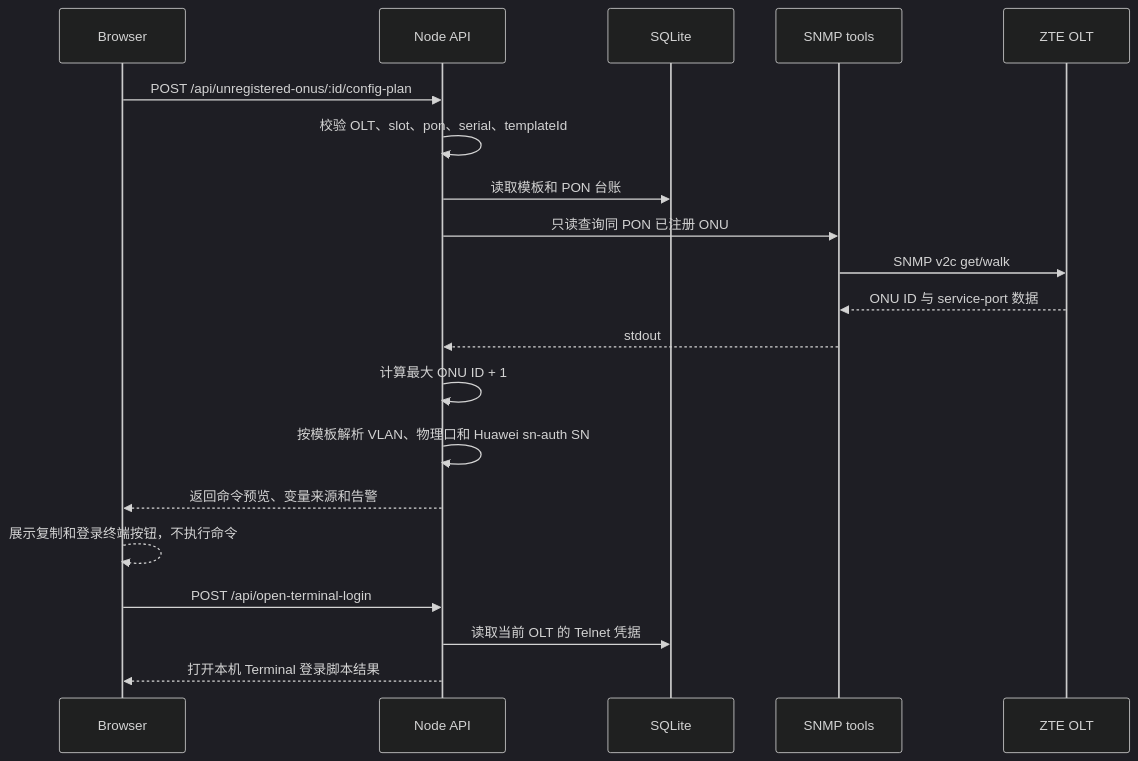
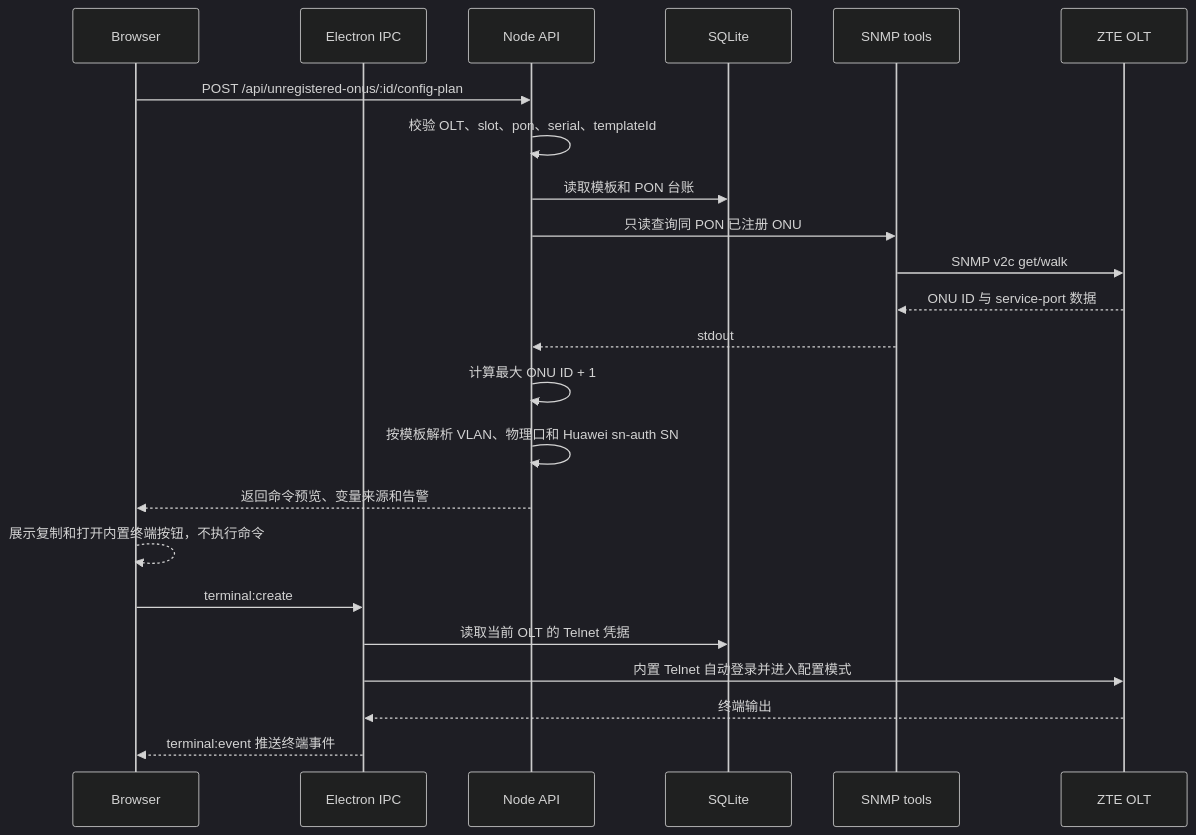
One commit to landvd/OLT-Manager changed the fifth of 7 diagrams in docs/design/sequence.md. Above: the diagram before and after it, drawn with Mermaid (dark theme). The commit also changed other lines of this file and 32 other files, not shown here.

````diff
--- a/docs/design/sequence.md
+++ b/docs/design/sequence.md
@@ -90,23 +92,26 @@
 ```mermaid
 sequenceDiagram
   participant Browser as Browser
+  participant Electron as Electron IPC
   participant API as Node API
   participant DB as SQLite
   participant SNMP as SNMP tools
   participant OLT as ZTE OLT
 
   Browser->>API: POST /api/unregistered-onus/:id/config-plan
   API->>API: 校验 OLT、slot、pon、serial、templateId
   API->>DB: 读取模板和 PON 台账
   API->>SNMP: 只读查询同 PON 已注册 ONU
   SNMP->>OLT: SNMP v2c get/walk
   OLT-->>SNMP: ONU ID 与 service-port 数据
   SNMP-->>API: stdout
   API->>API: 计算最大 ONU ID + 1
   API->>API: 按模板解析 VLAN、物理口和 Huawei sn-auth SN
   API-->>Browser: 返回命令预览、变量来源和告警
-  Browser-->>Browser: 展示复制和登录终端按钮，不执行命令
-  Browser->>API: POST /api/open-terminal-login
-  API->>DB: 读取当前 OLT 的 Telnet 凭据
-  API-->>Browser: 打开本机 Terminal 登录脚本结果
+  Browser-->>Browser: 展示复制和打开内置终端按钮，不执行命令
+  Browser->>Electron: terminal:create
+  Electron->>DB: 读取当前 OLT 的 Telnet 凭据
+  Electron->>OLT: 内置 Telnet 自动登录并进入配置模式
+  OLT-->>Electron: 终端输出
+  Electron-->>Browser: terminal:event 推送终端事件
 ```
````
